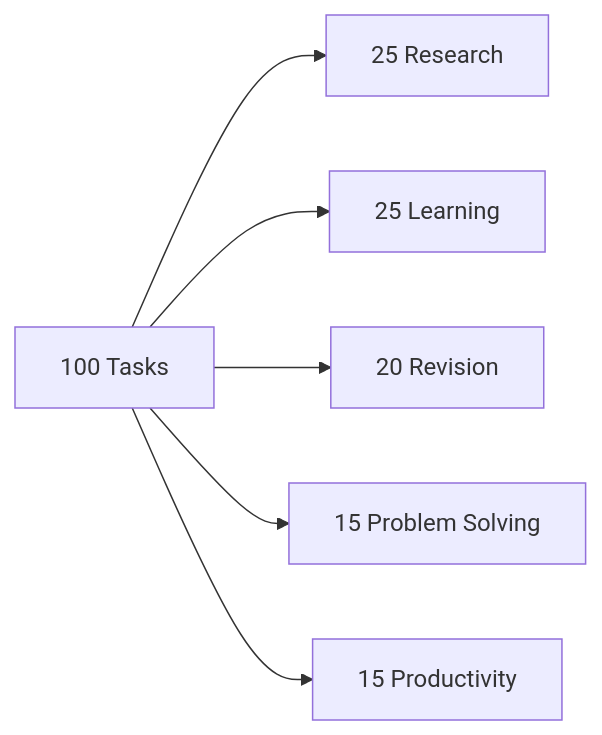
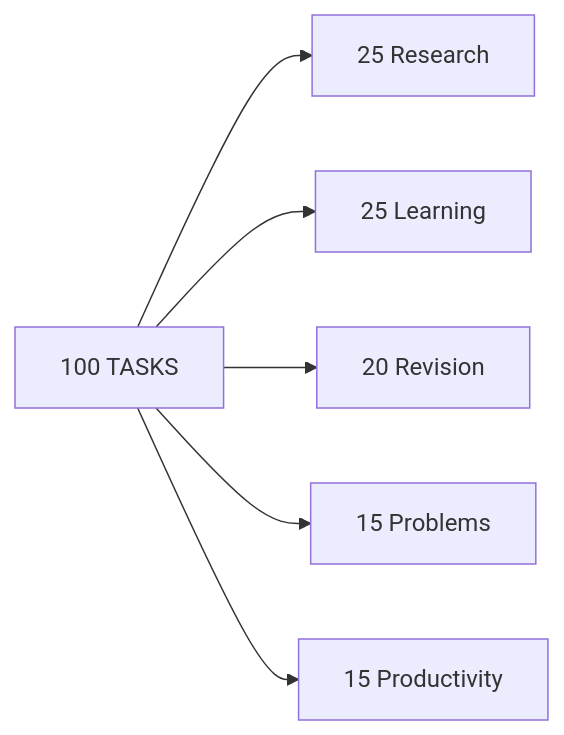
The eighth of 12 diagrams in README.md (mahik2007/hackathon), drawn with Mermaid before and after one commit. The commit also changed other lines of this file, not shown here.

````diff
--- a/README.md
+++ b/README.md
@@ -137,8 +136,9 @@
 ```mermaid
 flowchart LR
-    Q[100 Tasks] --> R[25 Research]
-    Q --> L[25 Learning]
-    Q --> V[20 Revision]
-    Q --> P[15 Problem Solving]
-    Q --> W[15 Productivity]
+Q[100 TASKS]
+Q --> R[25 Research]
+Q --> L[25 Learning]
+Q --> V[20 Revision]
+Q --> P[15 Problems]
+Q --> W[15 Productivity]
 ```
````
